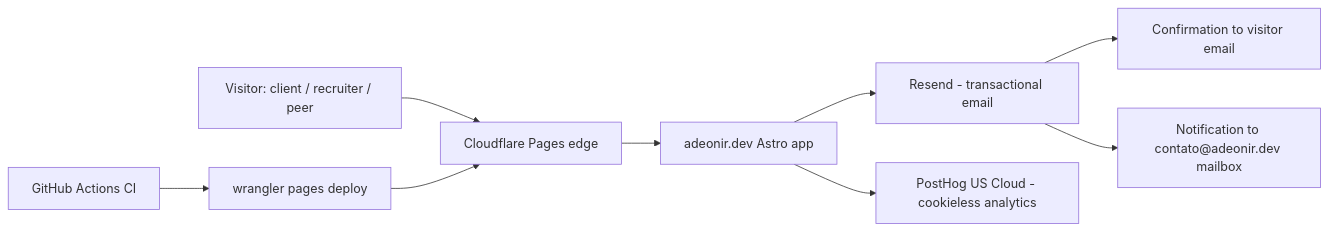
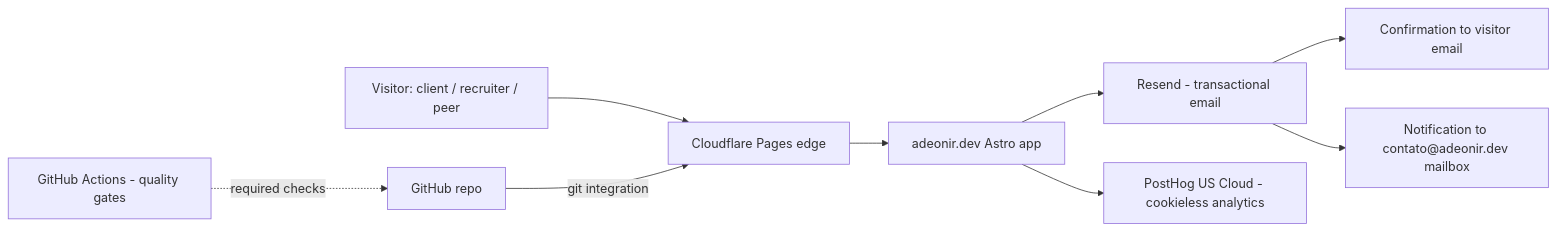
One commit to adeonir/adeonir.dev changed the second of 3 diagrams in docs/tech/design.md. Above: the diagram before and after it, drawn with Mermaid. The commit also changed other lines of this file, not shown here.

Commit message:
docs: switch deploy to cloudflare git integration with ci gates

````diff
--- a/docs/tech/design.md
+++ b/docs/tech/design.md
@@ -102,10 +103,11 @@
 ```mermaid
 flowchart LR
   Visitor[Visitor: client / recruiter / peer] --> CF[Cloudflare Pages edge]
   CF --> App[adeonir.dev Astro app]
   App --> Resend[Resend - transactional email]
   Resend --> Submitter[Confirmation to visitor email]
   Resend --> Inbox[Notification to contato@adeonir.dev mailbox]
   App --> PostHog[PostHog US Cloud - cookieless analytics]
-  GH[GitHub Actions CI] --> Deploy[wrangler pages deploy] --> CF
+  Repo[GitHub repo] -- git integration --> CF
+  GH[GitHub Actions - quality gates] -. required checks .-> Repo
 ```
````
